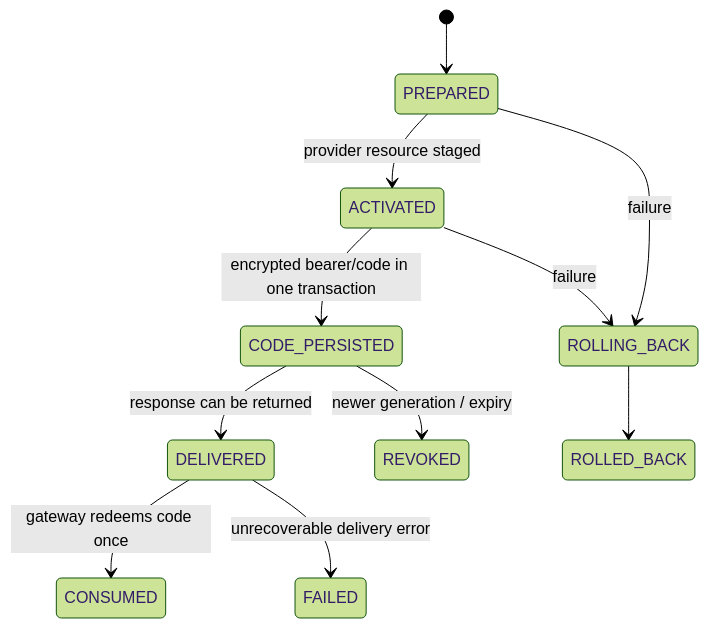
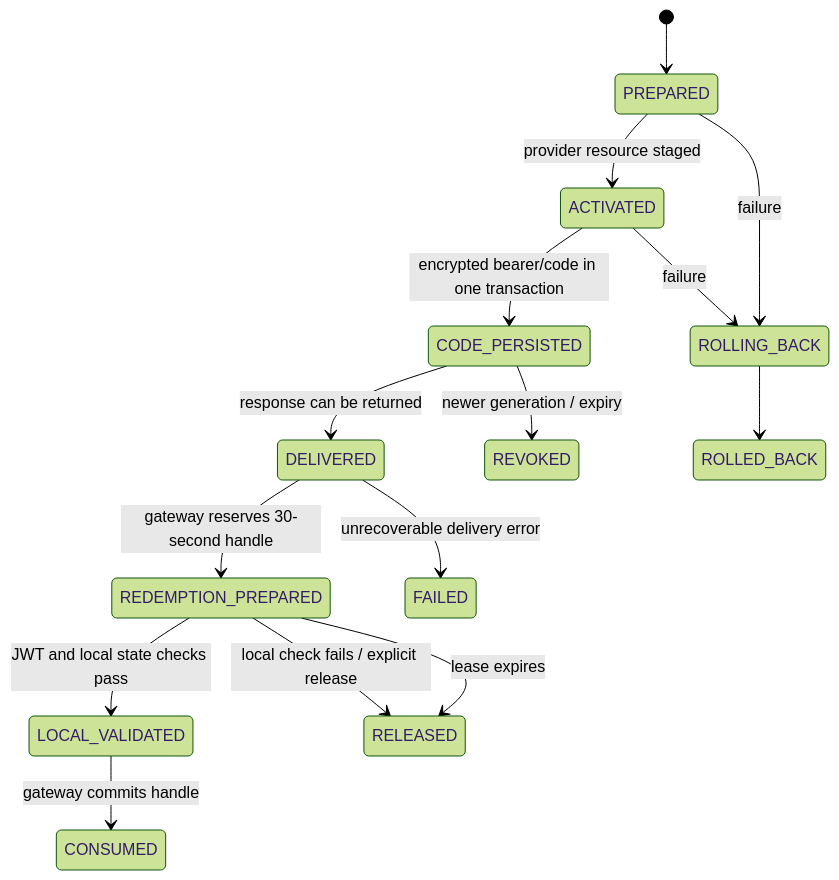
Before and after one commit to DecentraLabsCom/Blockchain-Services: the third of 6 diagrams in docs/services/authentication/AUTH.md, drawn with Mermaid (forest theme). The commit also changed other lines of this file and 28 other files, not shown here.

````diff
--- a/docs/services/authentication/AUTH.md
+++ b/docs/services/authentication/AUTH.md
@@ -151,13 +177,17 @@
 ```mermaid
 stateDiagram-v2
     [*] --> PREPARED
     PREPARED --> ACTIVATED: provider resource staged
     ACTIVATED --> CODE_PERSISTED: encrypted bearer/code in one transaction
     CODE_PERSISTED --> DELIVERED: response can be returned
-    DELIVERED --> CONSUMED: gateway redeems code once
+    DELIVERED --> REDEMPTION_PREPARED: gateway reserves 30-second handle
+    REDEMPTION_PREPARED --> LOCAL_VALIDATED: JWT and local state checks pass
+    LOCAL_VALIDATED --> CONSUMED: gateway commits handle
+    REDEMPTION_PREPARED --> RELEASED: local check fails / explicit release
+    REDEMPTION_PREPARED --> RELEASED: lease expires
     PREPARED --> ROLLING_BACK: failure
     ACTIVATED --> ROLLING_BACK: failure
     ROLLING_BACK --> ROLLED_BACK
     CODE_PERSISTED --> REVOKED: newer generation / expiry
     DELIVERED --> FAILED: unrecoverable delivery error
 ```
````
